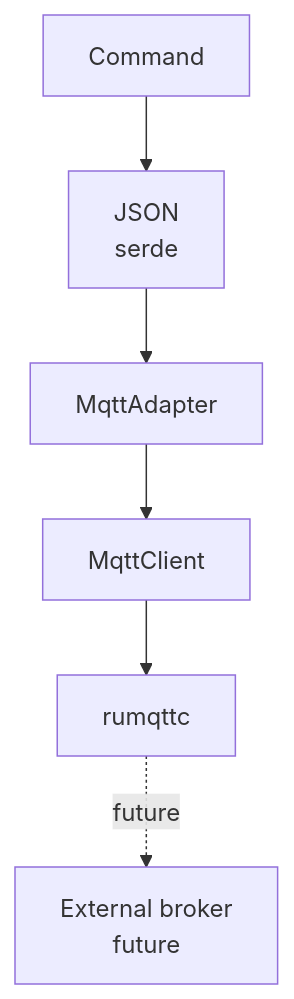
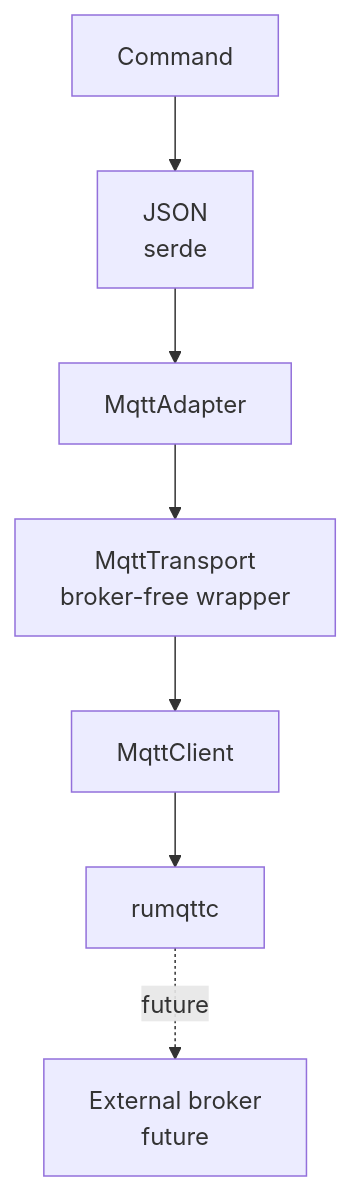
One commit to johnwhitton/ford-infotainment changed the second of 4 diagrams in docs/coding/DESIGN.md. Above: the diagram before and after it, drawn with Mermaid. The commit also changed other lines of this file and 4 other files, not shown here.

````diff
--- a/docs/coding/DESIGN.md
+++ b/docs/coding/DESIGN.md
@@ -361,15 +378,17 @@
 ```mermaid
 flowchart TD
     Command["Command"]
     Json["JSON<br/>serde"]
     Adapter["MqttAdapter"]
+    Transport["MqttTransport<br/>broker-free wrapper"]
     Client["MqttClient"]
     Rumqttc["rumqttc"]
     Broker["External broker<br/>future"]
 
     Command --> Json
     Json --> Adapter
-    Adapter --> Client
+    Adapter --> Transport
+    Transport --> Client
     Client --> Rumqttc
     Rumqttc -. future .-> Broker
 ```
````
